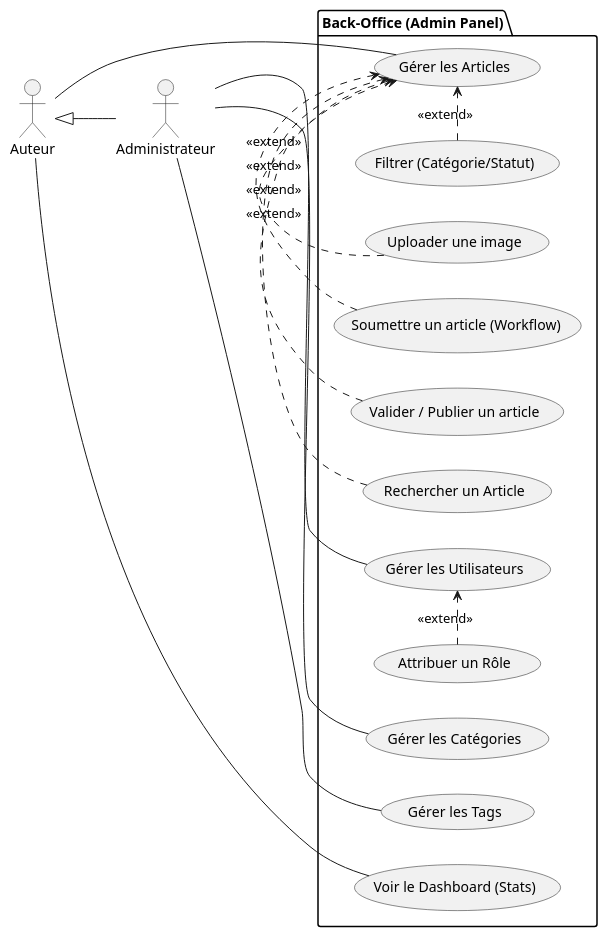
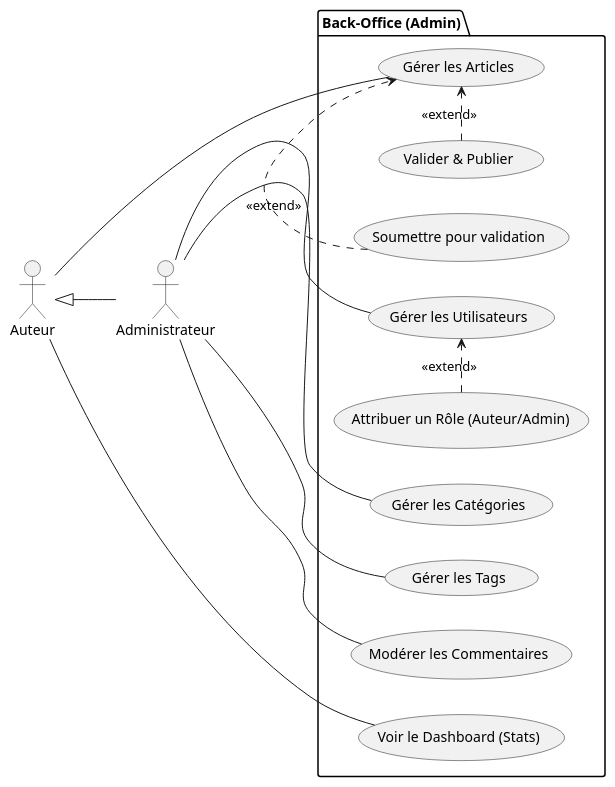
One commit to labs-web/mvp-blog-2026 changed the diagram in 02_analyse/cas-utilisation-admin.puml. Above: the diagram before and after it, drawn with PlantUML. The commit also changed 27 other files, not shown here.

```diff
--- a/02_analyse/cas-utilisation-admin.puml
+++ b/02_analyse/cas-utilisation-admin.puml
@@ -1,43 +1,41 @@
 @startuml
 left to right direction
 actor "Auteur" as Author
 actor "Administrateur" as Admin
 
-' Règle 4.1 : Héritage systématique
 Author <|-- Admin
 
-package "Back-Office (Admin Panel)" {
-  usecase "Gérer les Articles" as UC_Manage
-  usecase "Uploader une image" as UC_Upload
-  usecase "Soumettre un article (Workflow)" as UC_Submit
+package "Back-Office (Admin)" {
+  ' --- 1. Espace Commun ---
   usecase "Voir le Dashboard (Stats)" as UC_Dashboard
-  
-  usecase "Valider / Publier un article" as UC_Validate
+
+  ' --- 2. Gestion Content ---
+  usecase "Gérer les Articles" as UC_CRUD
+  usecase "Soumettre pour validation" as UC_Submit
+  usecase "Valider & Publier" as UC_Publish
+
+  ' --- 3. Gestion Admin ---
   usecase "Gérer les Catégories" as UC_Cats
   usecase "Gérer les Tags" as UC_Tags
   usecase "Gérer les Utilisateurs" as UC_Users
-  usecase "Attribuer un Rôle" as UC_Roles
-  usecase "Rechercher un Article" as UC_Search
-  usecase "Filtrer (Catégorie/Statut)" as UC_Filter
+  usecase "Attribuer un Rôle (Auteur/Admin)" as UC_Roles
+  usecase "Modérer les Commentaires" as UC_Moderate
 }
 
-' Règle 4.1 : Associations simples (--)
+' Relations Auteur
 Author -- UC_Dashboard
-Author -- UC_Manage
+Author -- UC_CRUD
 
-' Règle 4.2 : Logique Include/Extend
-' Extensions de la gestion d'article
-UC_Upload .> UC_Manage : <<extend>>
-UC_Submit .> UC_Manage : <<extend>>
-UC_Validate .> UC_Manage : <<extend>>
-UC_Search .> UC_Manage : <<extend>>
-UC_Filter .> UC_Manage : <<extend>>
+' Extensions Gérer Articles
+UC_Submit .> UC_CRUD : <<extend>>
+UC_Publish .> UC_CRUD : <<extend>>
 
-' Admin hérite de Auteur, on ajoute seulement le spécifique
+' Relations Admin
 Admin -- UC_Cats
 Admin -- UC_Tags
 Admin -- UC_Users
+Admin -- UC_Moderate
 
 UC_Roles .> UC_Users : <<extend>>
 
 @enduml
```
